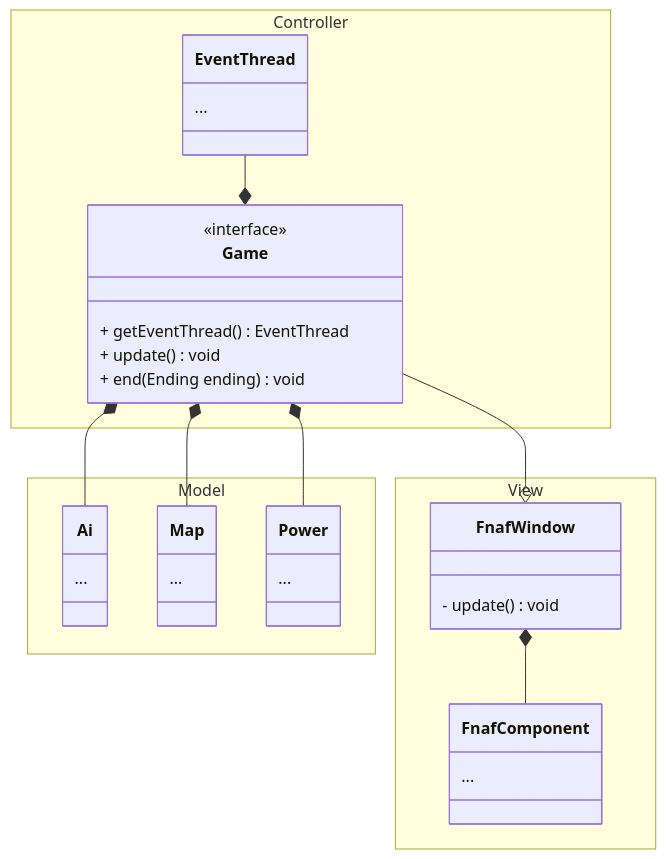
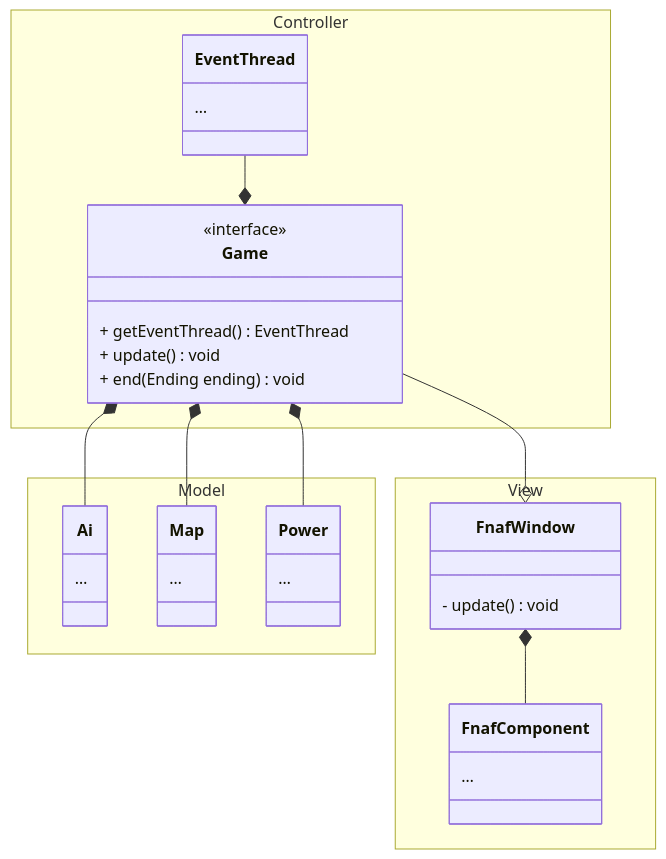
The second of 2 diagrams in report.md (PastaCodes/OOP23-fnaf-retro), drawn with Mermaid before and after one commit.

Commit message:
Sostituiti ... con …

````diff
--- a/report.md
+++ b/report.md
@@ -164,39 +164,39 @@
 ```mermaid
 classDiagram
     namespace Model {
         class Ai {
-            ...
+            …
         }
         class Map {
-            ...
+            …
         }
         class Power {
-            ...
+            …
         }
     }
     namespace Controller {
         class EventThread {
-            ...
+            …
         }
         class Game {
             <<interface>>
             + getEventThread() EventThread
             + update() void
             + end(Ending ending) void 
         }
     }
     namespace View {
         class FnafWindow {
             - update() void
         }
         class FnafComponent {
-            ...
+            …
         }
     }
     EventThread --* Game
     FnafWindow *-- FnafComponent
     Game --o FnafWindow
     Game *-- Ai
     Game *-- Map
     Game *-- Power
 ```
````
